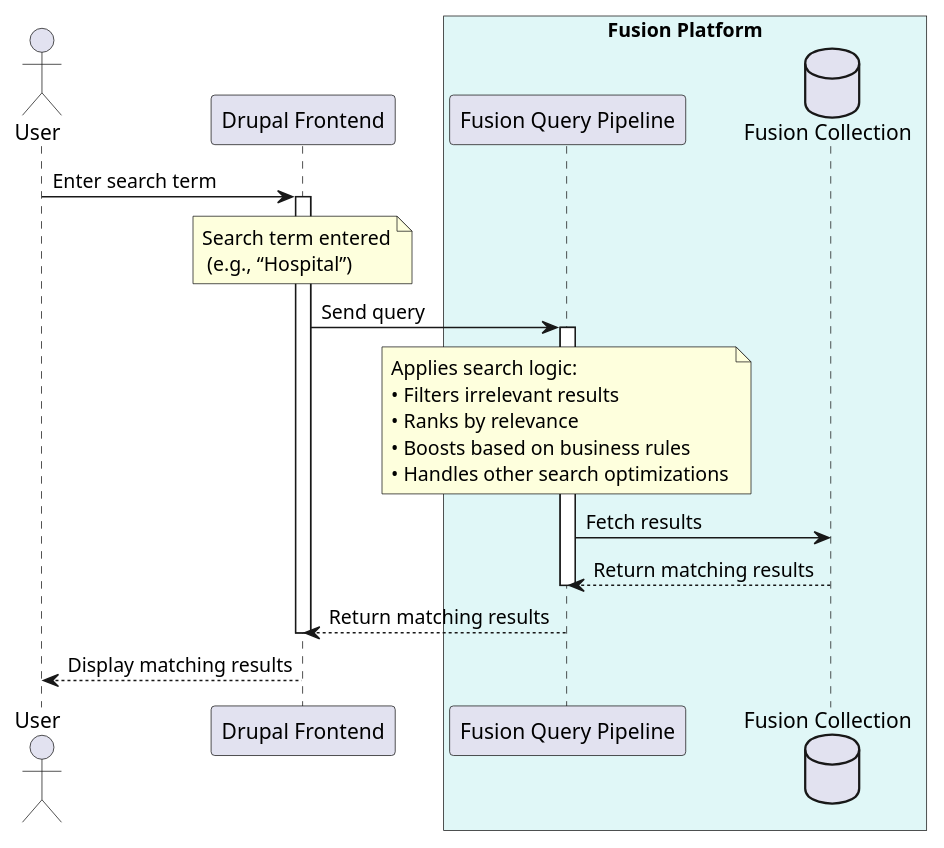
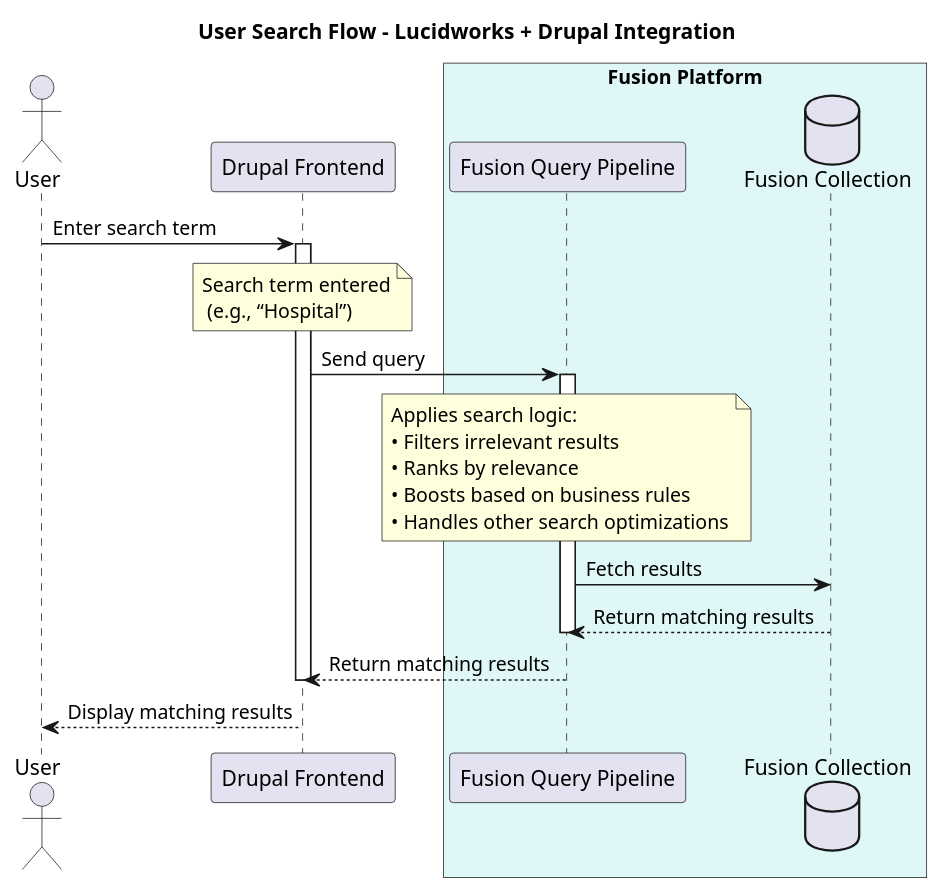
Before and after one commit to edutrul/PlantUMLExercises: the diagram in lucidworks/01-sequence-diagram--search-flow.puml, drawn with PlantUML.

Commit message:
Add title

```diff
--- a/lucidworks/01-sequence-diagram--search-flow.puml
+++ b/lucidworks/01-sequence-diagram--search-flow.puml
@@ -1,53 +1,53 @@
 @startuml
+title User Search Flow – Lucidworks + Drupal Integration
 
 /'
 
 🔁 Exercise: Search Flow (User Query)
 
 Scenario:
     1. User enters a search term in the Drupal frontend.
     2. The frontend sends the query to the Fusion Query Pipeline.
     4. The Pipeline fetches results from the Fusion Collection.
     5. Results are passed back through the Fusion Query Pipeline.
     6. The Fusion API returns search results to the Drupal frontend.
     7. The frontend displays results to the User.
 
 Requirements:
     • Use actor for User.
     • Use participant for Drupal Frontend, Fusion Query Pipeline, and Fusion Collection.
     • Use `as` alias names for cleaner syntax (e.g., DF for Drupal Frontend).
     • Use solid arrows for requests and dotted arrows for responses.
     • Optionally, use activation/deactivation to show processing time.
     • Add notes for clarity (e.g., faceting, filtering logic).
 
 '/
-
 actor User
 participant "Drupal Frontend" as DrupalFrontend
 
 box "Fusion Platform"#E0F7F7
   participant "Fusion Query Pipeline" as FusionQueryPipeline
   database "Fusion Collection" as FusionCollection
 end box
 
 User -> DrupalFrontend: Enter search term
 note over DrupalFrontend: Search term entered\n (e.g., “Hospital”)
 activate DrupalFrontend
 DrupalFrontend -> FusionQueryPipeline: Send query
 note over FusionQueryPipeline
   Applies search logic:
   • Filters irrelevant results
   • Ranks by relevance
   • Boosts based on business rules
   • Handles other search optimizations
 end note
 activate FusionQueryPipeline
 FusionQueryPipeline -> FusionCollection: Fetch results
 FusionCollection --> FusionQueryPipeline: Return matching results
 deactivate FusionQueryPipeline
 FusionQueryPipeline --> DrupalFrontend: Return matching results
 deactivate DrupalFrontend
 DrupalFrontend --> User: Display matching results
 
 
 @enduml
```
